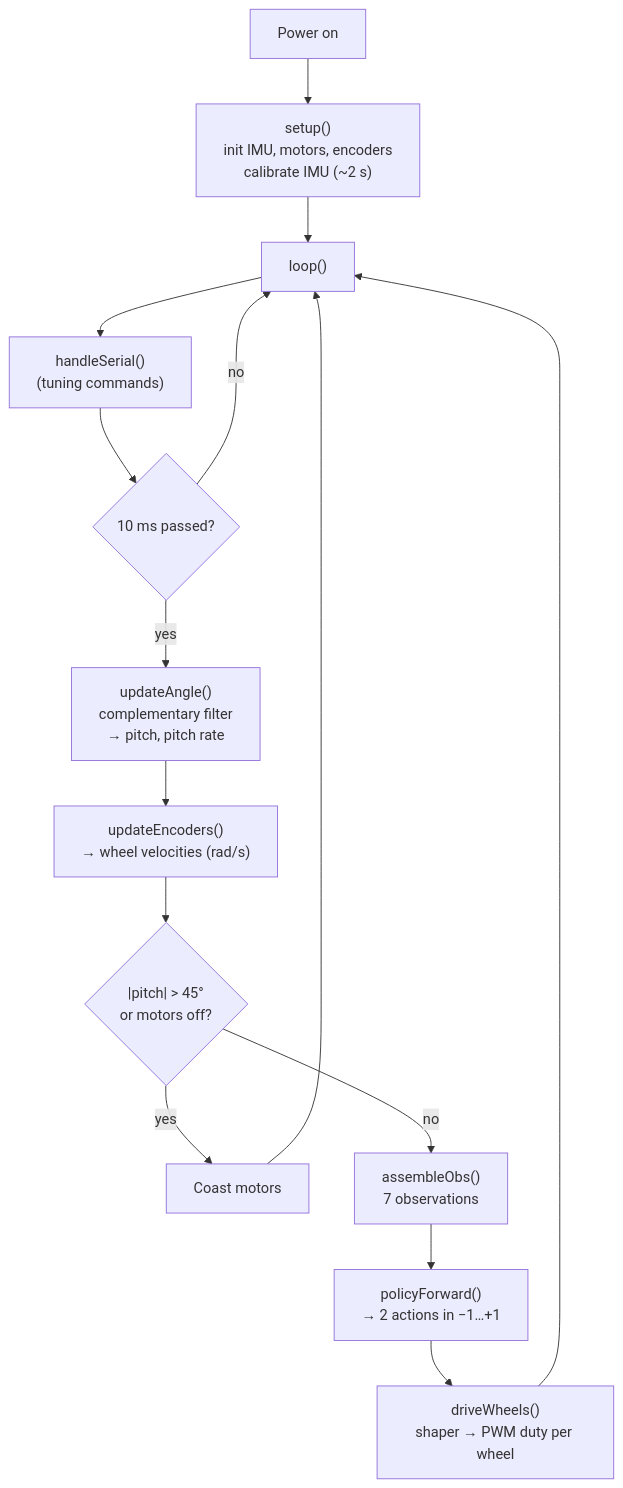
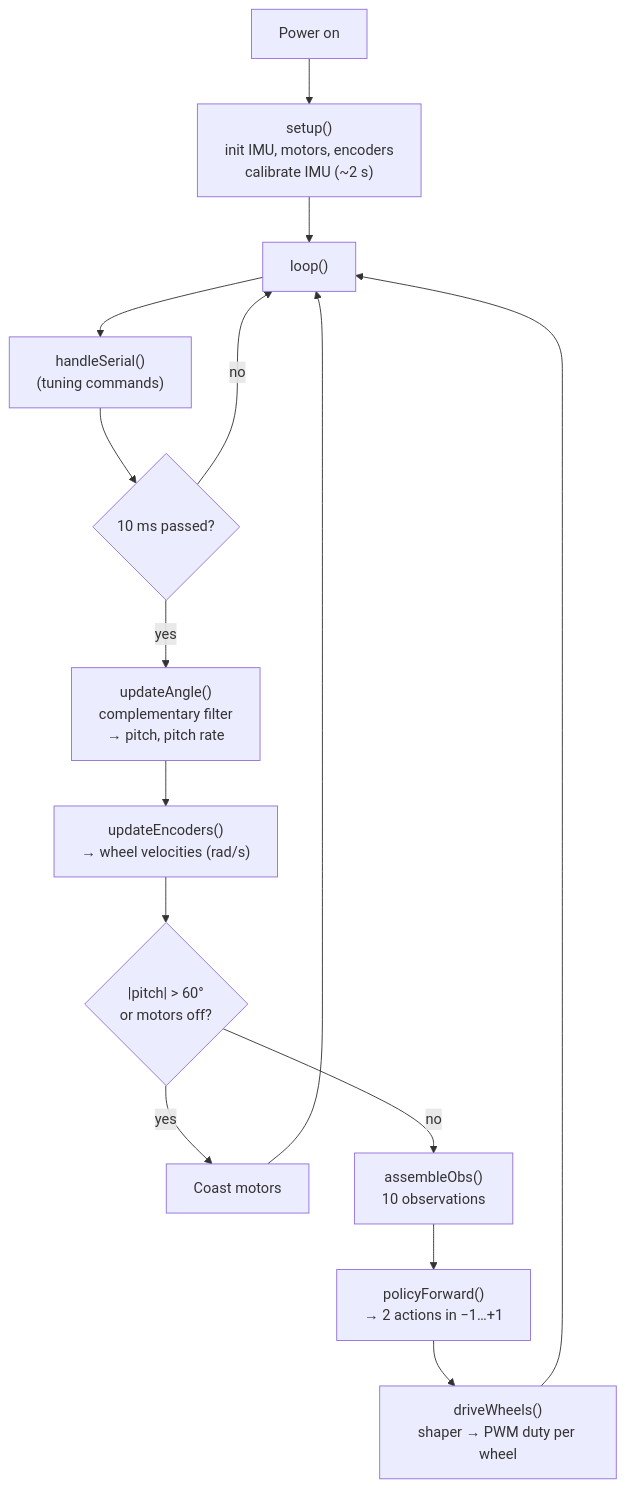
The diagram in README.md (LilSun-11/RL_SelfBalancingRobot_Training), drawn with Mermaid before and after one commit. The commit also changed other lines of this file and 3 other files, not shown here.

````diff
--- a/README.md
+++ b/README.md
@@ -514,15 +524,15 @@
 ```mermaid
 flowchart TD
     P[Power on] --> S["setup()<br/>init IMU, motors, encoders<br/>calibrate IMU (~2 s)"]
     S --> L["loop()"]
     L --> HS["handleSerial()<br/>(tuning commands)"]
     HS --> T{"10 ms passed?"}
     T -- no --> L
     T -- yes --> R["updateAngle()<br/>complementary filter<br/>→ pitch, pitch rate"]
     R --> E["updateEncoders()<br/>→ wheel velocities (rad/s)"]
-    E --> SF{"|pitch| > 45°<br/>or motors off?"}
+    E --> SF{"|pitch| > 60°<br/>or motors off?"}
     SF -- yes --> STOP["Coast motors"] --> L
-    SF -- no --> O["assembleObs()<br/>7 observations"]
+    SF -- no --> O["assembleObs()<br/>10 observations"]
     O --> MLP["policyForward()<br/>→ 2 actions in −1…+1"]
     MLP --> D["driveWheels()<br/>shaper → PWM duty per wheel"] --> L
 ```
````
